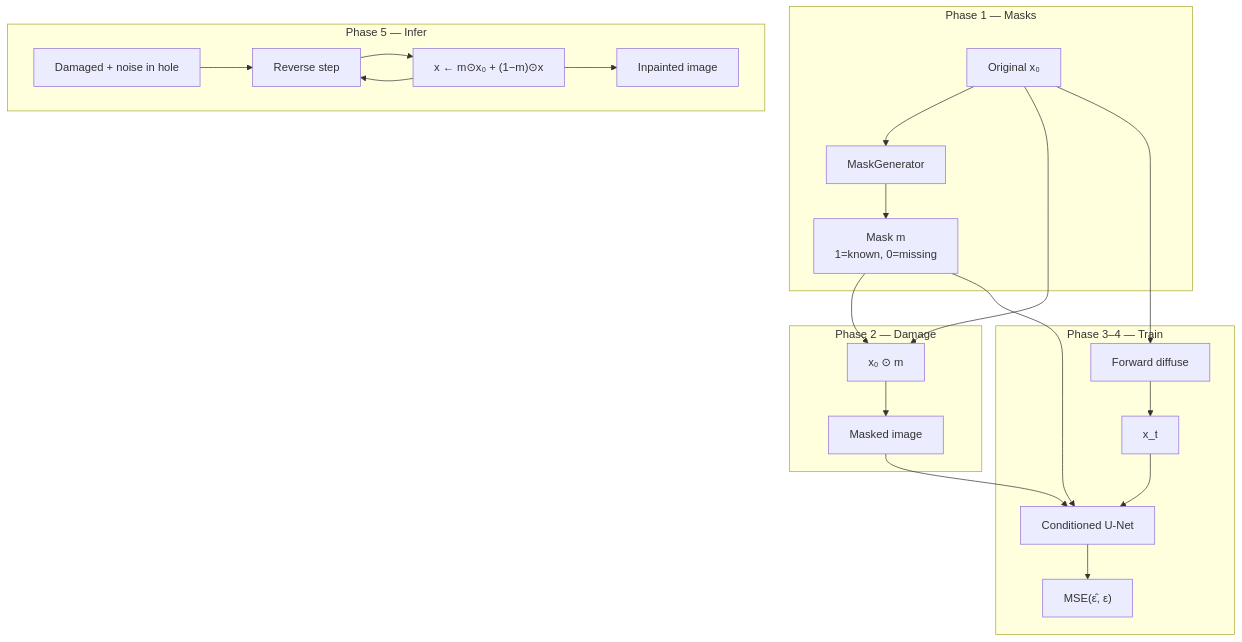
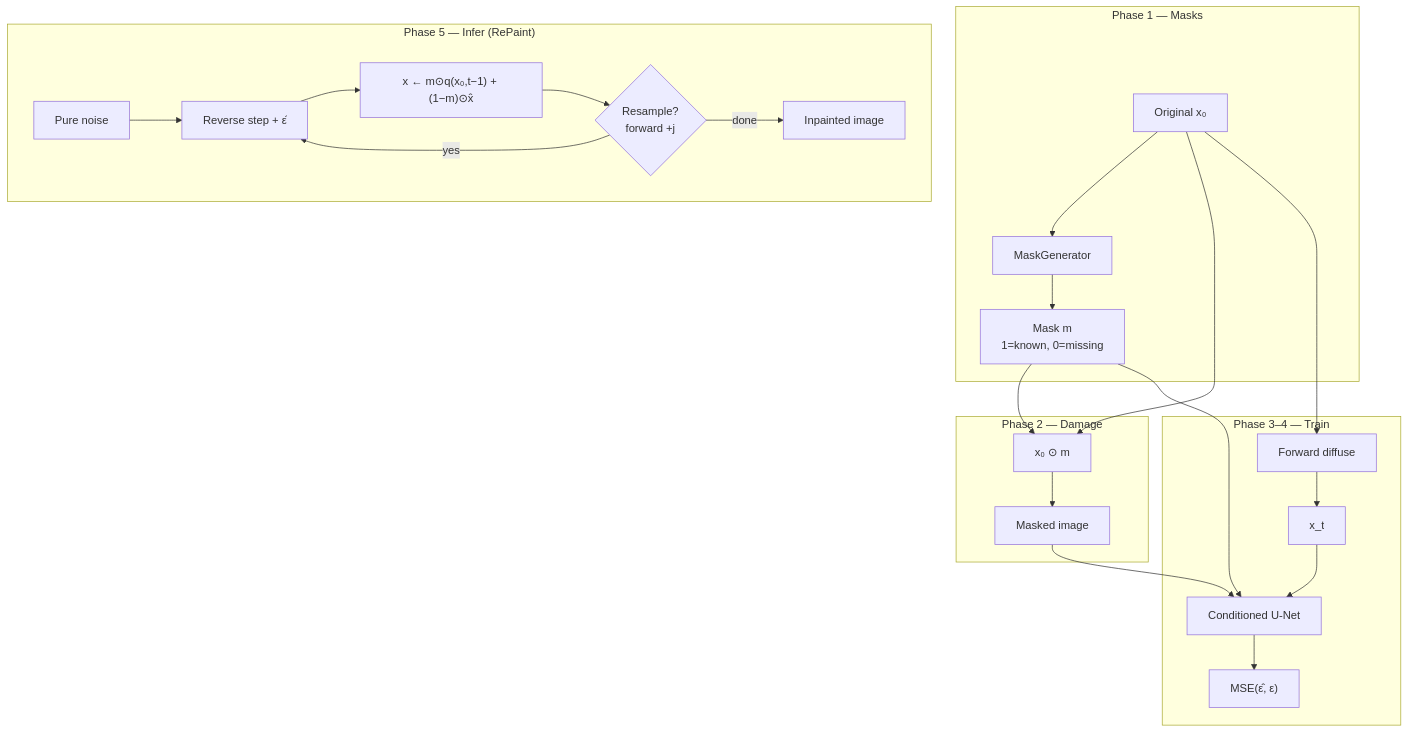
One commit to HusseinHanafy207/diffusion-image-inpainting changed the diagram in README.md. Above: the diagram before and after it, drawn with Mermaid. The commit also changed other lines of this file and 5 other files, not shown here.

````diff
--- a/README.md
+++ b/README.md
@@ -96,29 +180,30 @@
 ```mermaid
 flowchart TB
     subgraph phase1 ["Phase 1 — Masks"]
         x0["Original x₀"] --> mg["MaskGenerator"]
         mg --> m["Mask m\n1=known, 0=missing"]
     end
 
     subgraph phase2 ["Phase 2 — Damage"]
         x0 --> apply["x₀ ⊙ m"]
         m --> apply
         apply --> xm["Masked image"]
     end
 
     subgraph phase3 ["Phase 3–4 — Train"]
         x0 --> fwd["Forward diffuse"]
         fwd --> xt["x_t"]
         xt --> unet["Conditioned U-Net"]
         xm --> unet
         m --> unet
         unet --> loss["MSE(ε̂, ε)"]
     end
 
-    subgraph phase5 ["Phase 5 — Infer"]
-        xm2["Damaged + noise in hole"] --> rev["Reverse step"]
-        rev --> fix["x ← m⊙x₀ + (1−m)⊙x"]
-        fix --> rev
-        fix --> out["Inpainted image"]
+    subgraph phase5 ["Phase 5 — Infer (RePaint)"]
+        noise["Pure noise"] --> rev["Reverse step + ε̂"]
+        rev --> fix["x ← m⊙q(x₀,t−1) + (1−m)⊙x̂"]
+        fix --> jump{"Resample?\nforward +j"}
+        jump -->|yes| rev
+        jump -->|done| out["Inpainted image"]
     end
 ```
````
